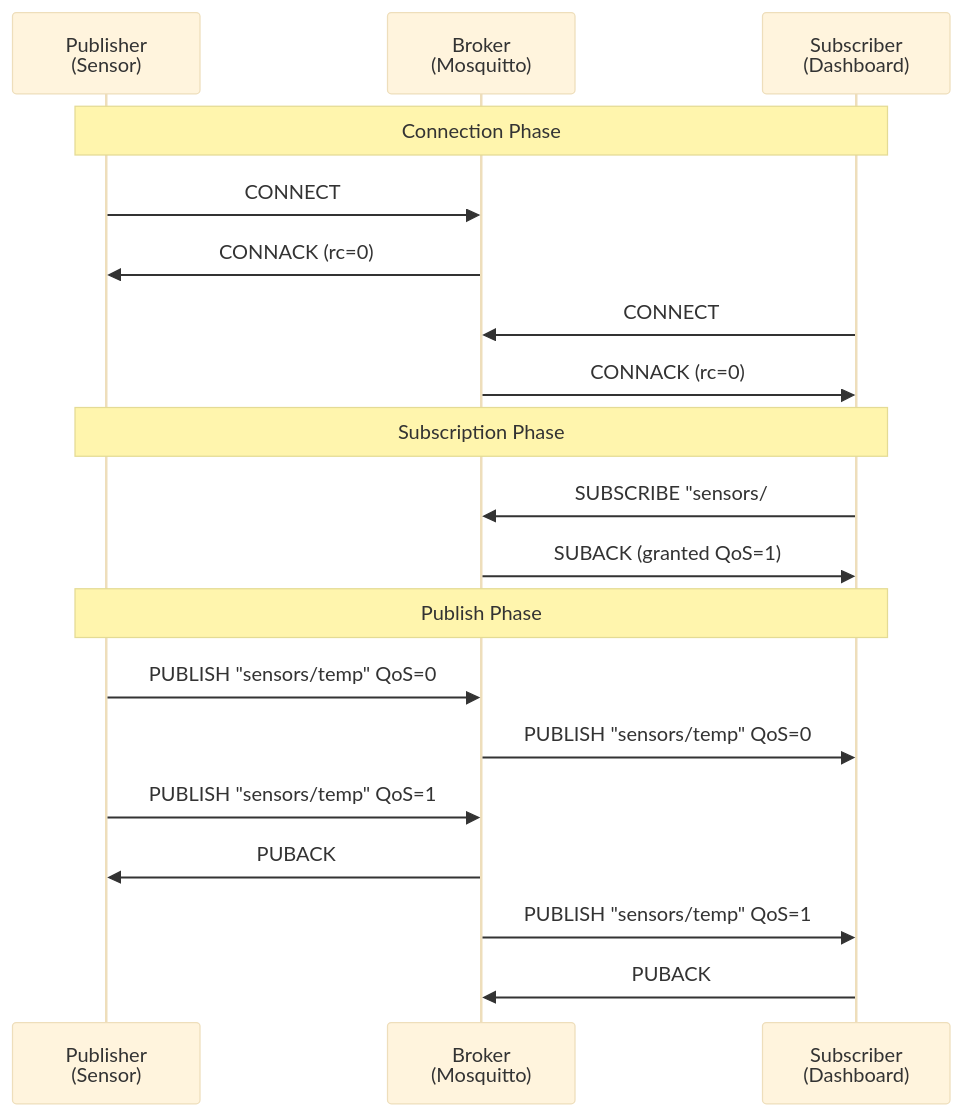
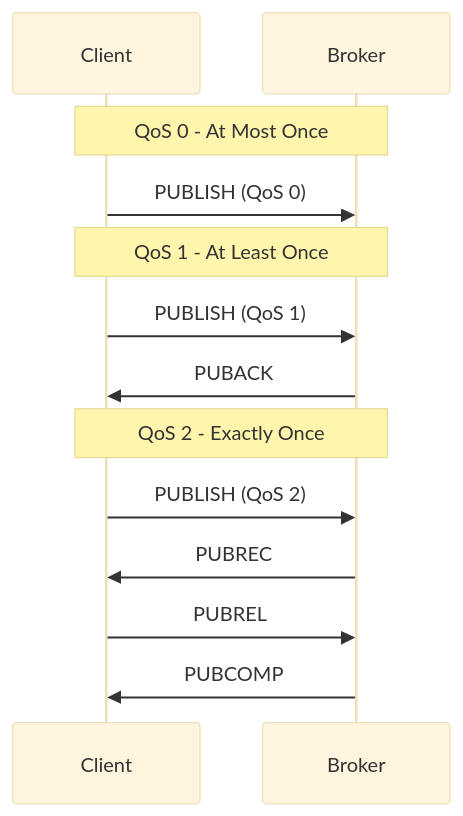
Before and after one commit to antonioclim/netENwsl: the second of 7 diagrams in 13enWSL/docs/images/architecture_week13.md, drawn with Mermaid (base theme). The commit also changed other lines of this file and 11 other files, not shown here.

````diff
--- a/13enWSL/docs/images/architecture_week13.md
+++ b/13enWSL/docs/images/architecture_week13.md
@@ -40,25 +42,18 @@
 ```mermaid
 sequenceDiagram
-    participant P as Publisher<br/>(Sensor)
-    participant B as Broker<br/>(Mosquitto)
-    participant S as Subscriber<br/>(Dashboard)
+    participant C as Client
+    participant B as Broker
     
-    Note over P,S: Connection Phase
-    P->>B: CONNECT
-    B->>P: CONNACK (rc=0)
-    S->>B: CONNECT
-    B->>S: CONNACK (rc=0)
+    Note over C,B: QoS 0 - At Most Once
+    C->>B: PUBLISH (QoS 0)
     
-    Note over P,S: Subscription Phase
-    S->>B: SUBSCRIBE "sensors/#" QoS=1
-    B->>S: SUBACK (granted QoS=1)
+    Note over C,B: QoS 1 - At Least Once
+    C->>B: PUBLISH (QoS 1)
+    B->>C: PUBACK
     
-    Note over P,S: Publish Phase
-    P->>B: PUBLISH "sensors/temp" QoS=0
-    B->>S: PUBLISH "sensors/temp" QoS=0
-    
-    P->>B: PUBLISH "sensors/temp" QoS=1
-    B->>P: PUBACK
-    B->>S: PUBLISH "sensors/temp" QoS=1
-    S->>B: PUBACK
+    Note over C,B: QoS 2 - Exactly Once
+    C->>B: PUBLISH (QoS 2)
+    B->>C: PUBREC
+    C->>B: PUBREL
+    B->>C: PUBCOMP
 ```
````
